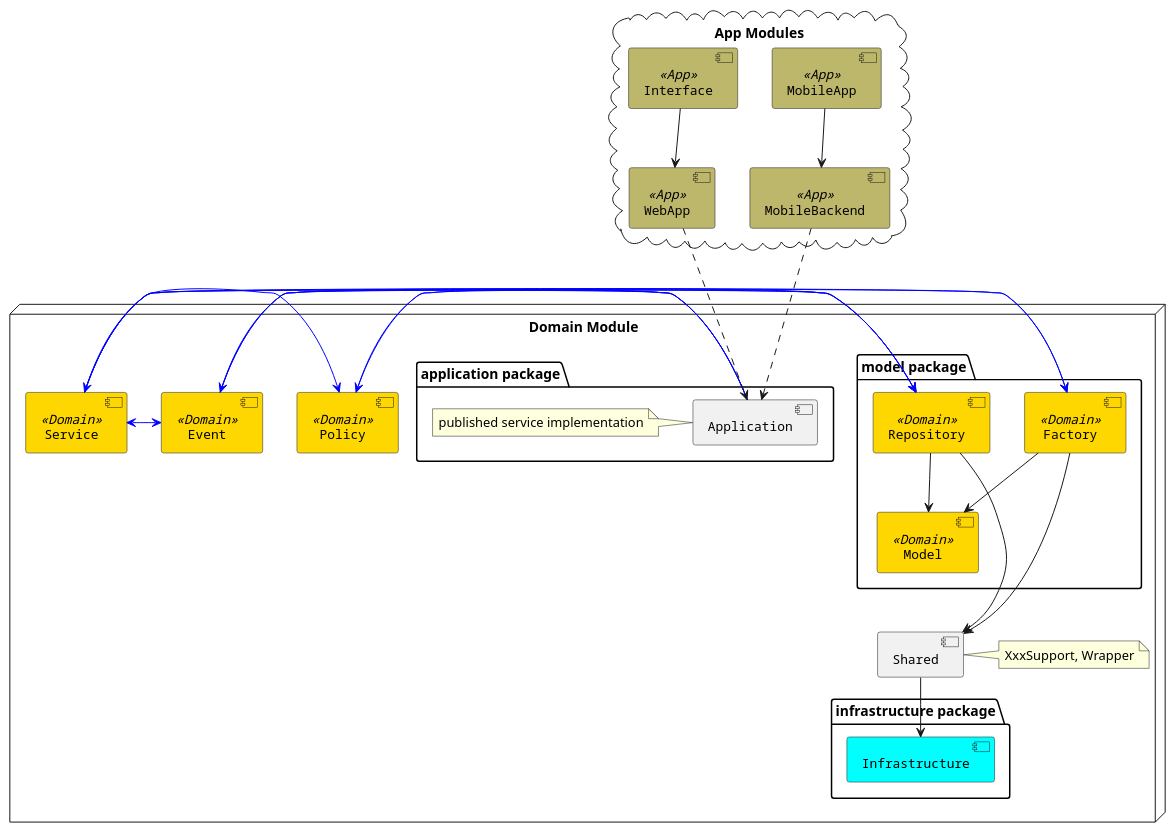
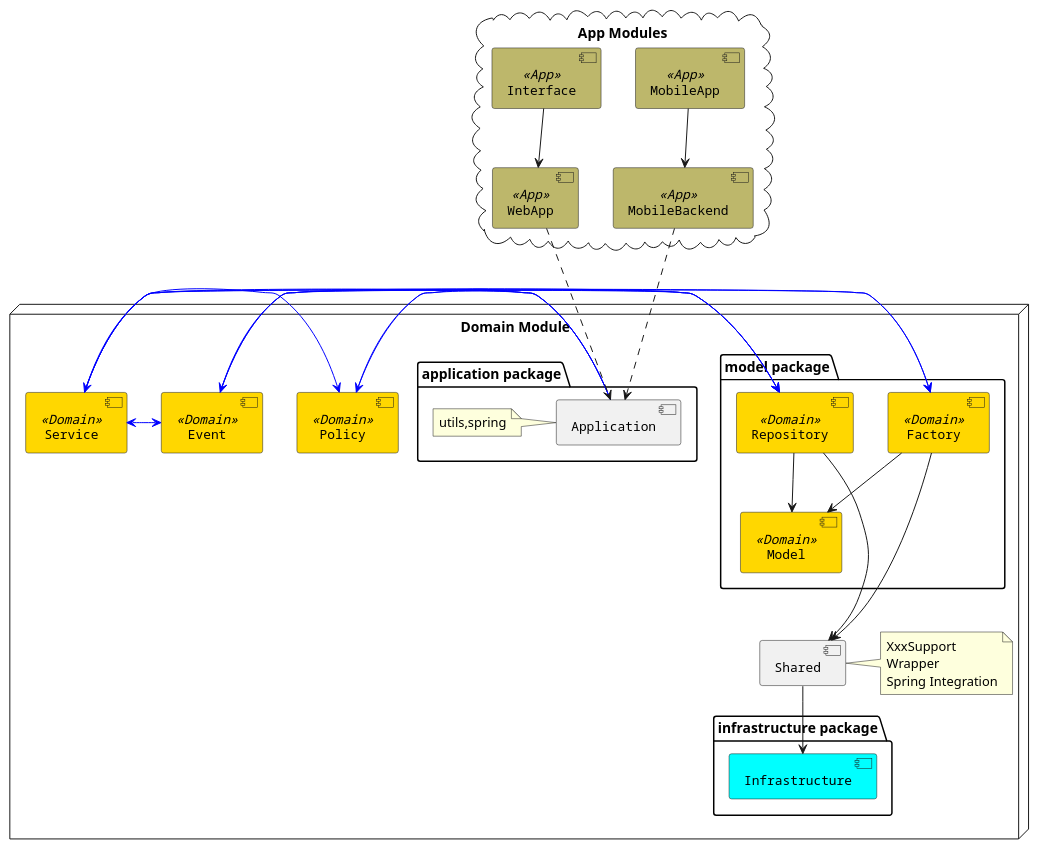
The diagram in src/main/puml/ddd-components.puml (linux-china/ddd-base), drawn with PlantUML before and after one commit.

Commit message:
minor update

```diff
--- a/src/main/puml/ddd-components.puml
+++ b/src/main/puml/ddd-components.puml
@@ -1,60 +1,60 @@
 @startuml
 
 
 node "Domain Module" {
    package "model package" {
        [Model] <<Domain>>
        [Repository] <<Domain>>
        [Factory] <<Domain>>
     }
    [Service] <<Domain>>
    [Event] <<Domain>>
    [Policy] <<Domain>>
    [Shared]
-   note right of Shared : XxxSupport, Wrapper
+   note right of Shared : XxxSupport\nWrapper\nSpring Integration
 
    package "application package" {
         [Application]
-        note left of Application : published service implementation
+        note left of Application : utils,spring
    }
    package "infrastructure package" {
         [Infrastructure] #Aqua
    }
 }
 
 cloud "App Modules" {
     [WebApp] <<App>>
     [MobileBackend] <<App>>
     [Interface] <<App>>
     [MobileApp] <<App>>
 }
 
 [Shared] --> [Infrastructure]
 [Repository] ---> [Shared]
 [Repository] --> [Model]
 [Service] -[#0000FF]> [Repository]
 [Service] -[#0000FF]> [Factory]
 [Service] -[#0000FF]> [Policy]
 [Service] <-[#0000FF]> [Event]
 [Policy] -[#0000FF]> [Repository]
 [Factory] --> [Model]
 [Factory] ---> [Shared]
 [Event] -[#0000FF]> [Repository]
 [Event] -[#0000FF]> [Factory]
 [Application] -[#0000FF]> [Service]
 [Application] -[#0000FF]> [Event]
 [Application] -[#0000FF]> [Policy]
 
 [WebApp] ...> [Application]
 [Interface] --> [WebApp]
 [MobileBackend] ...> [Application]
 [MobileApp] --> [MobileBackend]
 
 skinparam component {
   FontSize 13
   BackgroundColor<<Domain>> gold
   BackgroundColor<<App>> DarkKhaki
   FontName Courier
 }
 
 @enduml
```
